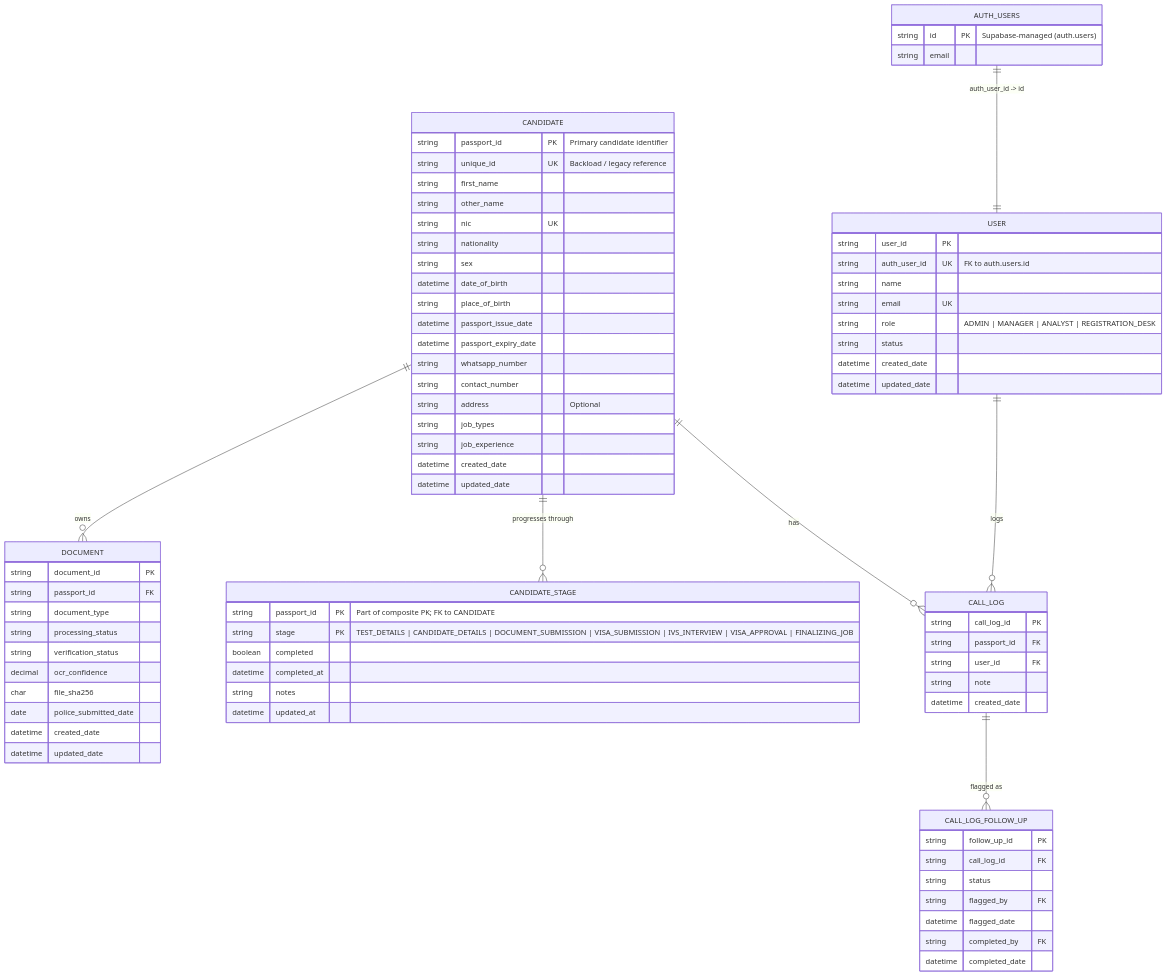
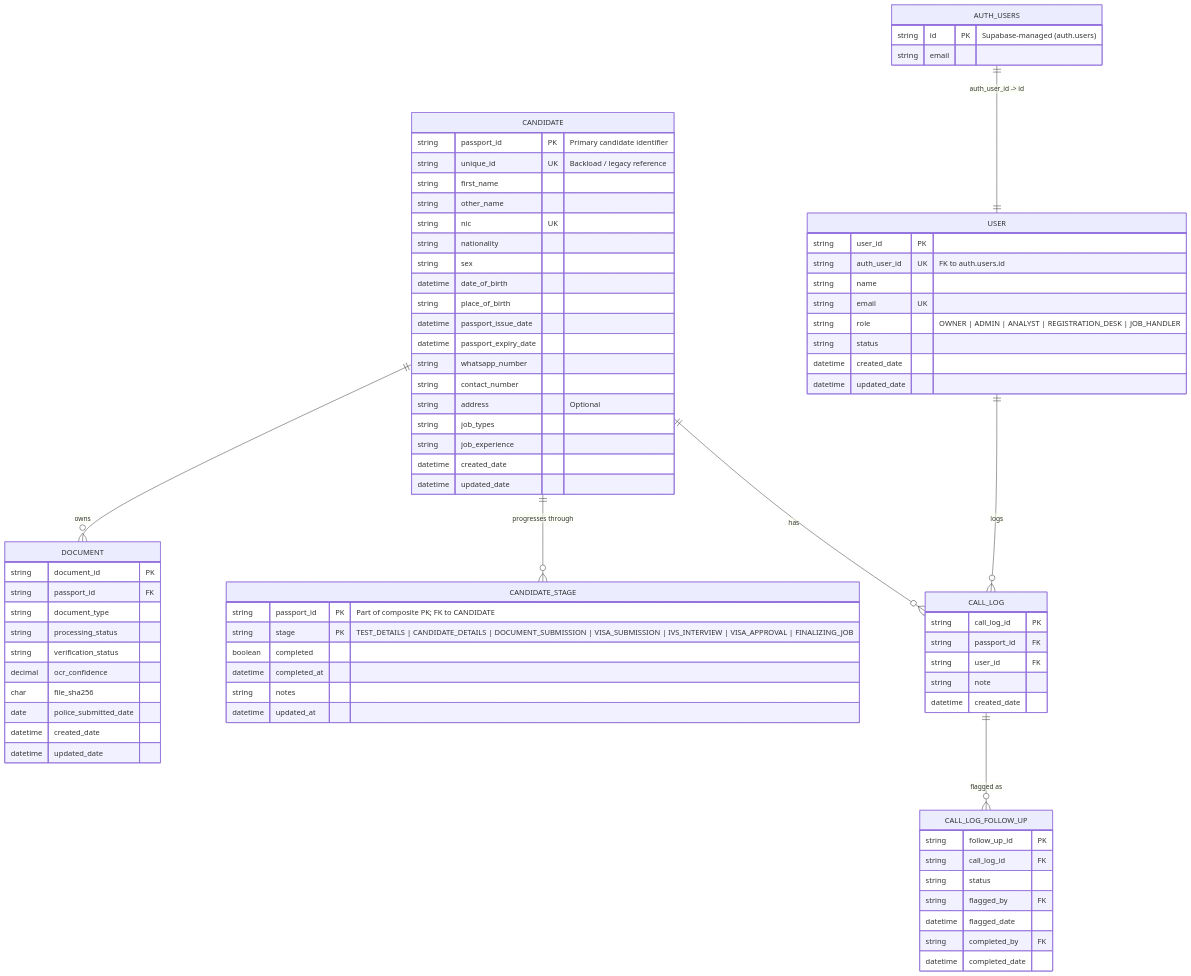
Before and after one commit to emlynk-pixel/EmlynkWABot: the second of 7 diagrams in README.md, drawn with Mermaid. The commit also changed other lines of this file and 141 other files, not shown here.

First line of the commit message:
feat(rbac): retire the MANAGER role; ADMIN owns its permissions

```diff
--- a/README.md
+++ b/README.md
@@ -226,7 +228,7 @@
         string auth_user_id UK "FK to auth.users.id"
         string name
         string email UK
-        string role "ADMIN | MANAGER | ANALYST | REGISTRATION_DESK"
+        string role "OWNER | ADMIN | ANALYST | REGISTRATION_DESK | JOB_HANDLER"
         string status
         datetime created_date
         datetime updated_date
```
